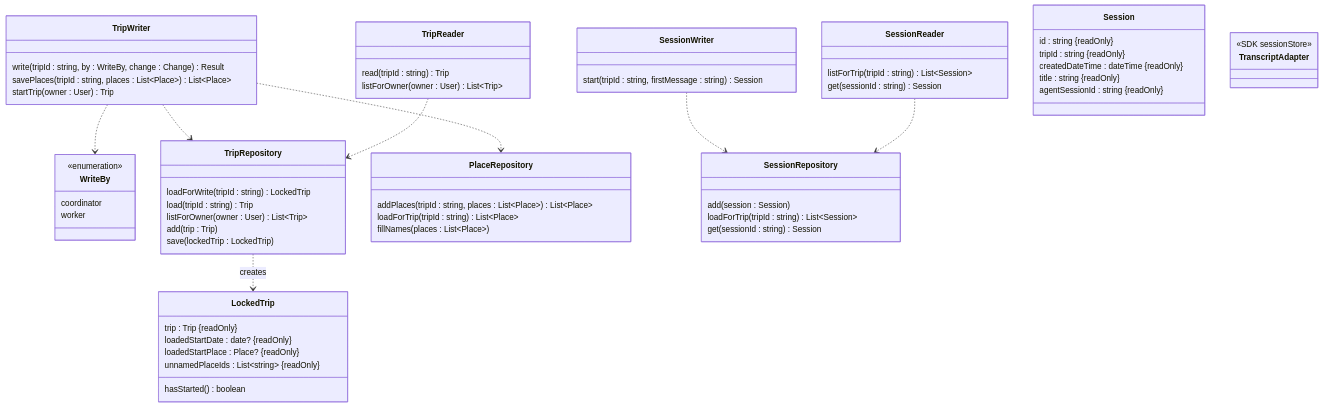
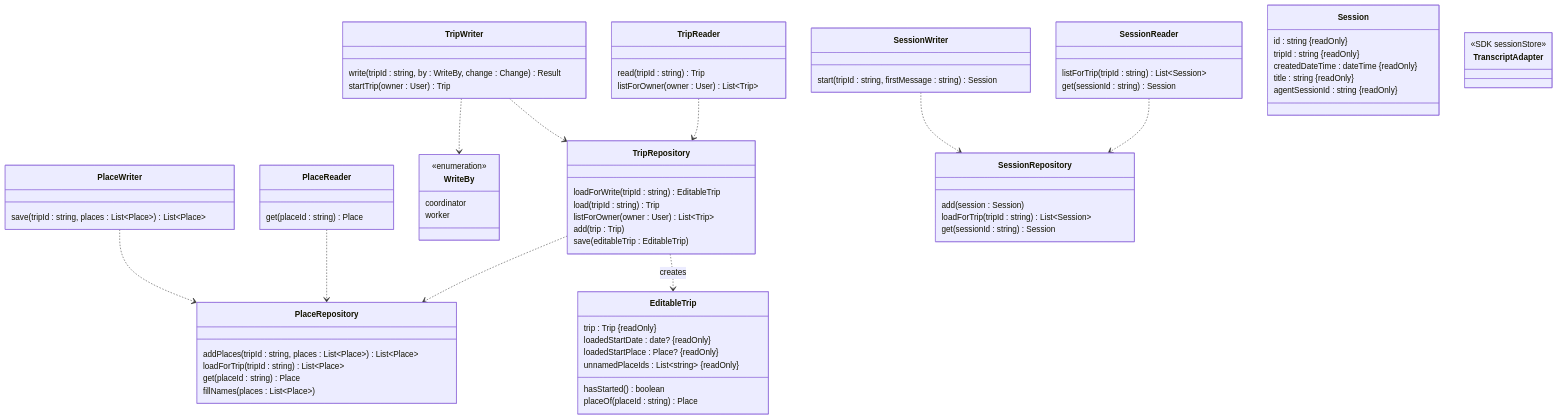
Before and after one commit to nimbusscale/road-trip-agent: the diagram in design/persistence.md, drawn with Mermaid. The commit also changed other lines of this file and 3 other files, not shown here.

First line of the commit message:
Remove the places registry, move rejected places and check results to the itinerary, and add EditableTrip

````diff
--- a/design/persistence.md
+++ b/design/persistence.md
@@ -133,13 +133,20 @@
 
     class TripWriter {
         write(tripId : string, by : WriteBy, change : Change) Result
-        savePlaces(tripId : string, places : List~Place~) List~Place~
         startTrip(owner : User) Trip
     }
 
     class TripReader {
         read(tripId : string) Trip
         listForOwner(owner : User) List~Trip~
+    }
+
+    class PlaceWriter {
+        save(tripId : string, places : List~Place~) List~Place~
+    }
+
+    class PlaceReader {
+        get(placeId : string) Place
     }
 
     class SessionWriter {
@@ -166,24 +173,26 @@
     }
 
     class TripRepository {
-        loadForWrite(tripId : string) LockedTrip
+        loadForWrite(tripId : string) EditableTrip
         load(tripId : string) Trip
         listForOwner(owner : User) List~Trip~
         add(trip : Trip)
-        save(lockedTrip : LockedTrip)
+        save(editableTrip : EditableTrip)
     }
 
-    class LockedTrip {
+    class EditableTrip {
         trip : Trip #123;readOnly#125;
         loadedStartDate : date? #123;readOnly#125;
         loadedStartPlace : Place? #123;readOnly#125;
         unnamedPlaceIds : List~string~ #123;readOnly#125;
         hasStarted() boolean
+        placeOf(placeId : string) Place
     }
 
     class PlaceRepository {
         addPlaces(tripId : string, places : List~Place~) List~Place~
         loadForTrip(tripId : string) List~Place~
+        get(placeId : string) Place
         fillNames(places : List~Place~)
     }
 
@@ -199,9 +208,11 @@
 
     TripWriter ..> WriteBy
     TripWriter ..> TripRepository
-    TripWriter ..> PlaceRepository
     TripReader ..> TripRepository
+    TripRepository ..> PlaceRepository
+    PlaceWriter ..> PlaceRepository
+    PlaceReader ..> PlaceRepository
     SessionWriter ..> SessionRepository
     SessionReader ..> SessionRepository
-    TripRepository ..> LockedTrip : creates
+    TripRepository ..> EditableTrip : creates
 ```
````
